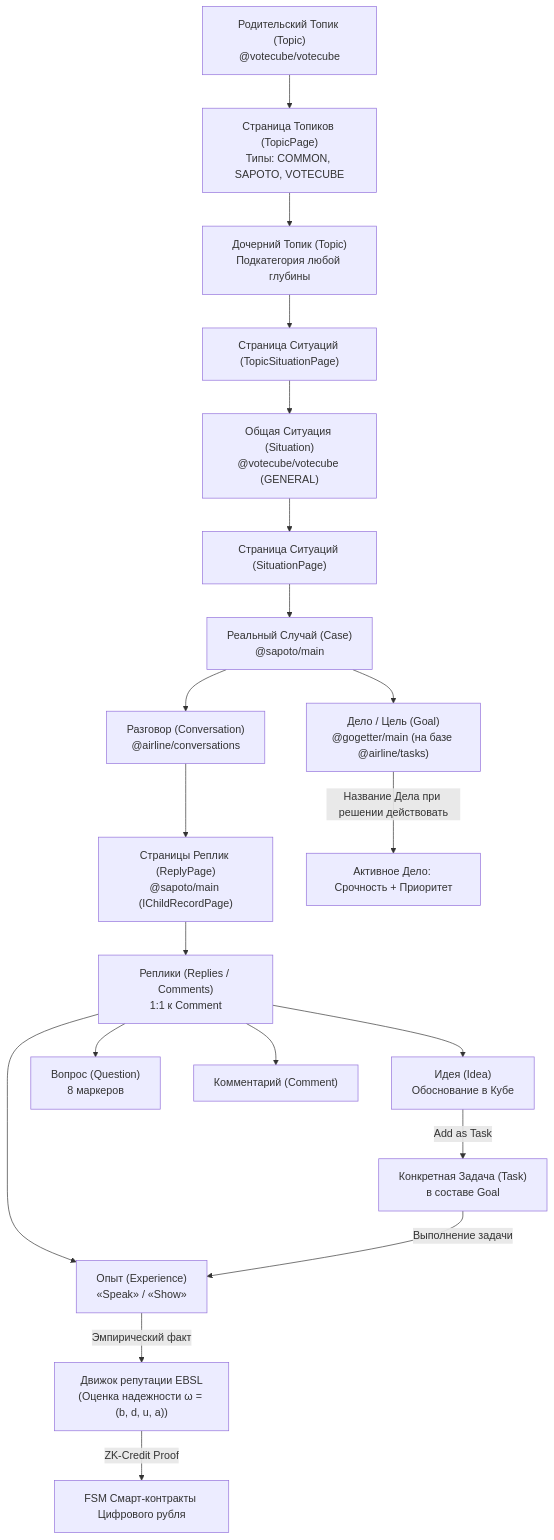
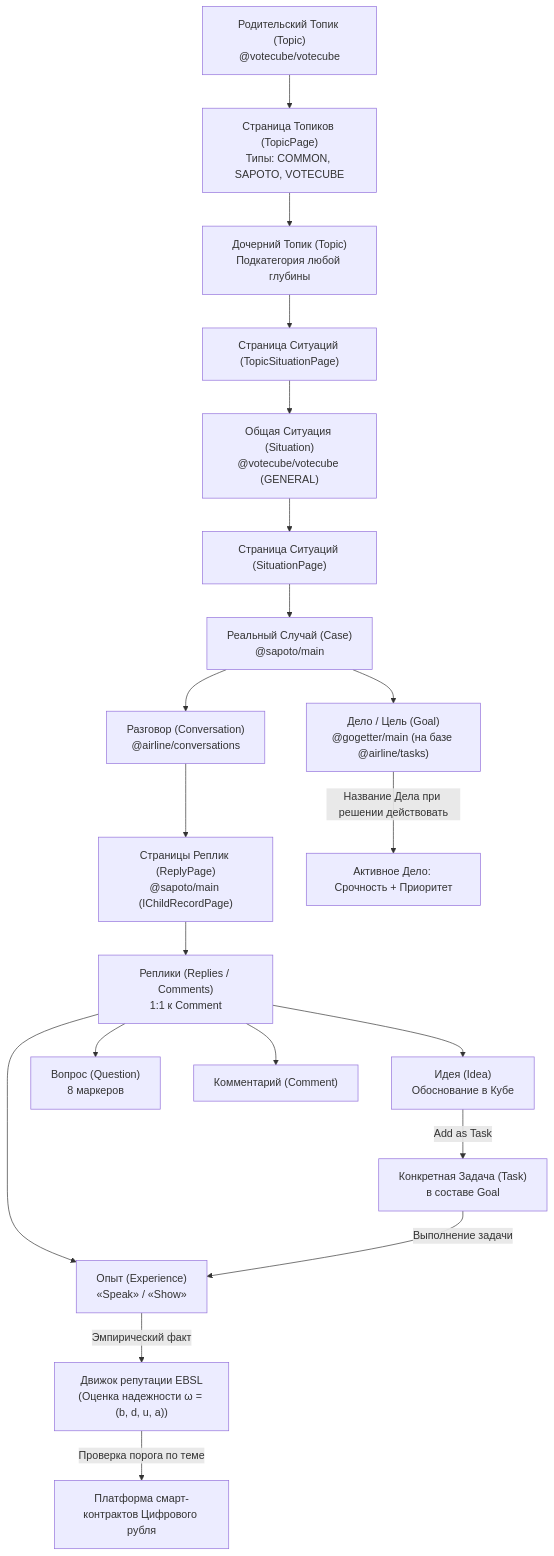
Before and after one commit to Data-Independence-Network/presentations: the diagram in shared_docs/whitepapers/applications/sapoto/README.md, drawn with Mermaid. The commit also changed other lines of this file and 10 other files, not shown here.

````diff
--- a/shared_docs/whitepapers/applications/sapoto/README.md
+++ b/shared_docs/whitepapers/applications/sapoto/README.md
@@ -56,22 +56,22 @@
 ```mermaid
 graph TD
     TopicParent["Родительский Топик (Topic)<br/>@votecube/votecube"] --> TopicPage["Страница Топиков (TopicPage)<br/>Типы: COMMON, SAPOTO, VOTECUBE"]
     TopicPage --> TopicChild["Дочерний Топик (Topic)<br/>Подкатегория любой глубины"]
     TopicChild --> TopicSitPage["Страница Ситуаций (TopicSituationPage)"]
     TopicSitPage --> Situation["Общая Ситуация (Situation)<br/>@votecube/votecube (GENERAL)"]
     Situation --> SituationPage["Страница Ситуаций (SituationPage)"]
     SituationPage --> Case["Реальный Случай (Case)<br/>@sapoto/main"]
     Case --> Conv["Разговор (Conversation)<br/>@airline/conversations"]
     Conv --> ReplyPage["Страницы Реплик (ReplyPage)<br/>@sapoto/main (IChildRecordPage)"]
     ReplyPage --> Reply["Реплики (Replies / Comments)<br/>1:1 к Comment"]
     Reply --> Idea["Идея (Idea)<br/>Обоснование в Кубе"]
     Reply --> Experience["Опыт (Experience)<br/>«Speak» / «Show»"]
     Reply --> Question["Вопрос (Question)<br/>8 маркеров"]
     Reply --> Comment["Комментарий (Comment)"]
     Case --> Goal["Дело / Цель (Goal)<br/>@gogetter/main (на базе @airline/tasks)"]
     Goal -->|Название Дела при решении действовать| GoalActive["Активное Дело: Срочность + Приоритет"]
     Idea -->|Add as Task| Task["Конкретная Задача (Task)<br/>в составе Goal"]
     Task -->|Выполнение задачи| Experience
     Experience -->|Эмпирический факт| EBSL["Движок репутации EBSL<br/>(Оценка надежности ω = (b, d, u, a))"]
-    EBSL -->|ZK-Credit Proof| CBR["FSM Смарт-контракты Цифрового рубля"]
+    EBSL -->|Проверка порога по теме| CBR["Платформа смарт-контрактов Цифрового рубля"]
 ```
````
